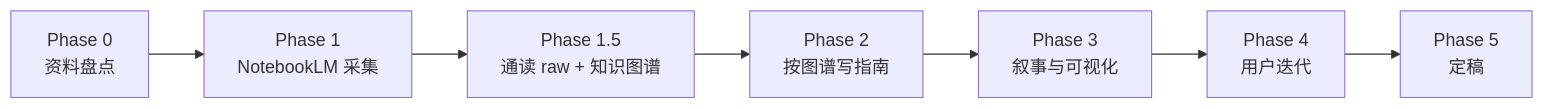
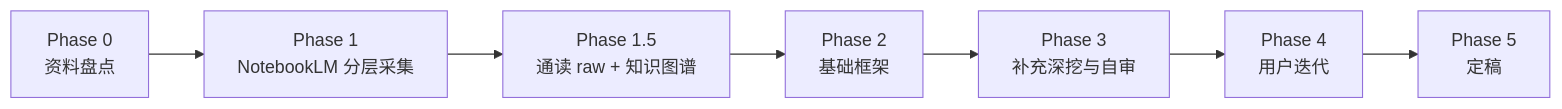
The diagram in guides/学习指南整合规范.md (SummerS-tars/cg), drawn with Mermaid before and after one commit. The commit also changed other lines of this file and 8 other files, not shown here.

````diff
--- a/guides/学习指南整合规范.md
+++ b/guides/学习指南整合规范.md
@@ -14,9 +14,9 @@
 ```mermaid
 flowchart LR
-    P0["Phase 0<br/>资料盘点"] --> P1["Phase 1<br/>NotebookLM 采集"]
+    P0["Phase 0<br/>资料盘点"] --> P1["Phase 1<br/>NotebookLM 分层采集"]
     P1 --> P15["Phase 1.5<br/>通读 raw + 知识图谱"]
-    P15 --> P2["Phase 2<br/>按图谱写指南"]
-    P2 --> P3["Phase 3<br/>叙事与可视化"]
+    P15 --> P2["Phase 2<br/>基础框架"]
+    P2 --> P3["Phase 3<br/>补充深挖与自审"]
     P3 --> P4["Phase 4<br/>用户迭代"]
     P4 --> P5["Phase 5<br/>定稿"]
 ```
````
